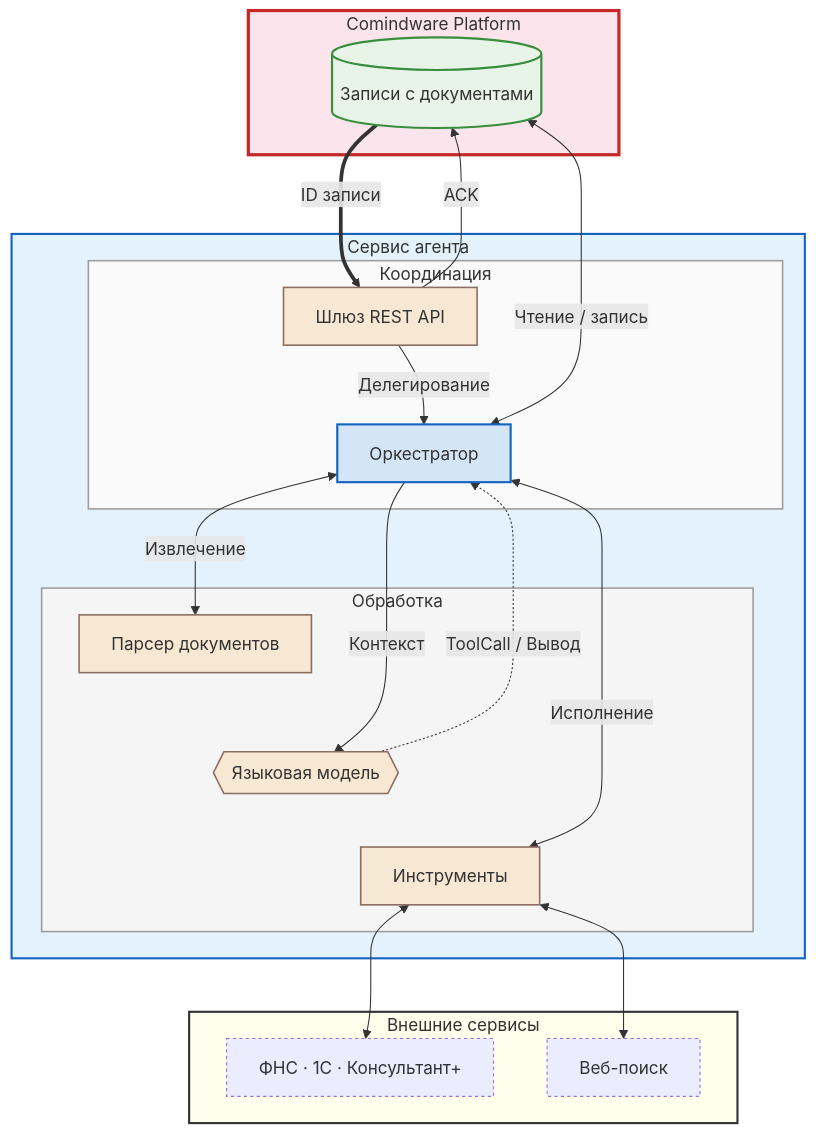
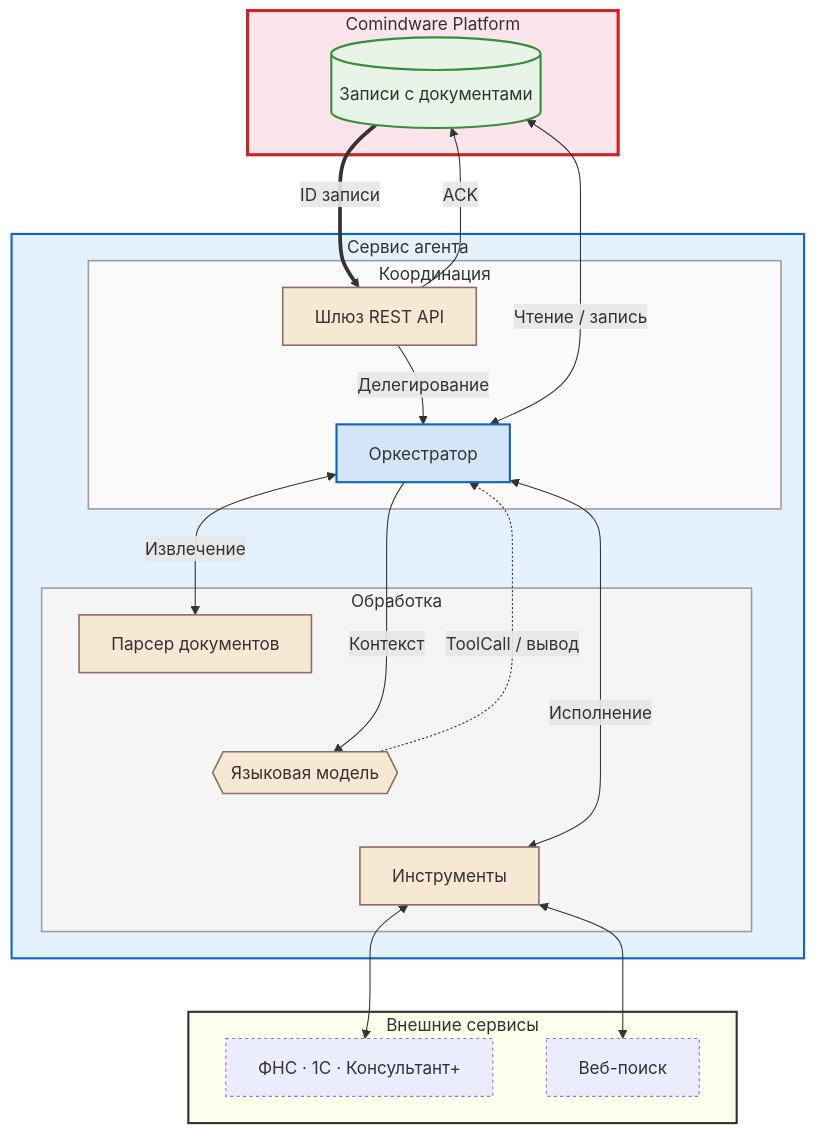
One commit to arterm-sedov/cmw-rag changed the diagram in docs/research/executive-research-technology-transfer/report-pack/20260420-document-agent-architecture-ru.md. Above: the diagram before and after it, drawn with Mermaid. The commit also changed other lines of this file and 1 other file, not shown here.

Commit message:
docs: refine document agent architecture analysis section
- Update the analysis step description to clarify the role of ToolCall in the context of agent operations.
- Improve the consistency of terminology in the flowchart, specifically regarding the output of ToolCall.

````diff
--- a/docs/research/executive-research-technology-transfer/report-pack/20260420-document-agent-architecture-ru.md
+++ b/docs/research/executive-research-technology-transfer/report-pack/20260420-document-agent-architecture-ru.md
@@ -75,55 +75,55 @@
 ```mermaid
 flowchart TD
     classDef cmw fill:#e8f4e8,stroke:#388e3c,stroke-width:2px
     classDef core fill:#d4e5f7,stroke:#1565c0,stroke-width:2px
     classDef proc fill:#f7e8d4,stroke:#8d6e63,stroke-width:1.5px
     classDef ext stroke-dasharray:3 3
 
     subgraph CMW [Comindware Platform]
         A[(Записи с документами)]
     end
 
     subgraph Agent [Сервис агента]
         subgraph Coord [Координация]
             B[Шлюз REST API]
             C[Оркестратор]
         end
         subgraph Proc [Обработка]
             D[Парсер документов]
             E{{Языковая модель}}
             F[Инструменты]
         end
     end
 
     subgraph Ext [Внешние сервисы]
         G[ФНС · 1С · Консультант+]
         H[Веб-поиск]
     end
 
     B ~~~ C
     D ~~~ E
     E ~~~ F
     F ~~~ G
 
     A ==>|ID записи| B
     B -->|ACK| A
     B -->|Делегирование| C
     C <-->|Чтение / запись| A
     C <-->|Извлечение| D
     C -->|Контекст| E
-    E -.->|ToolCall / Вывод| C
+    E -.->|ToolCall / вывод| C
     C <-->|Исполнение| F
     F <--> G
     F <--> H
 
     class A cmw
     class C core
     class B,D,E,F proc
     class G,H ext
 
     style CMW fill:#fce4ec,stroke:#c62828,stroke-width:3px
     style Agent fill:#e3f2fd,stroke:#1565c0,stroke-width:2px
     style Ext fill:#ffe,stroke:#333,stroke-width:2
     style Coord fill:#fafafa,stroke:#9e9e9e,stroke-width:1.5px
     style Proc fill:#f5f5f5,stroke:#9e9e9e,stroke-width:1.5px
 ```
````
